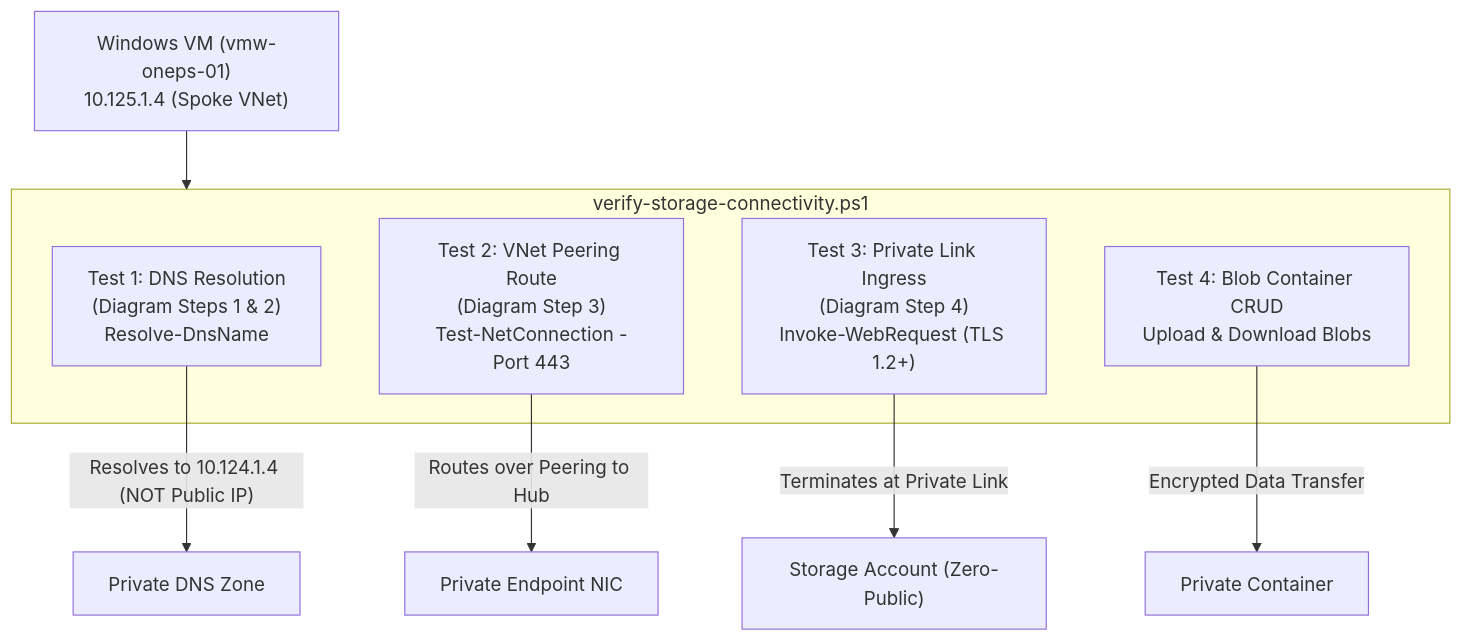
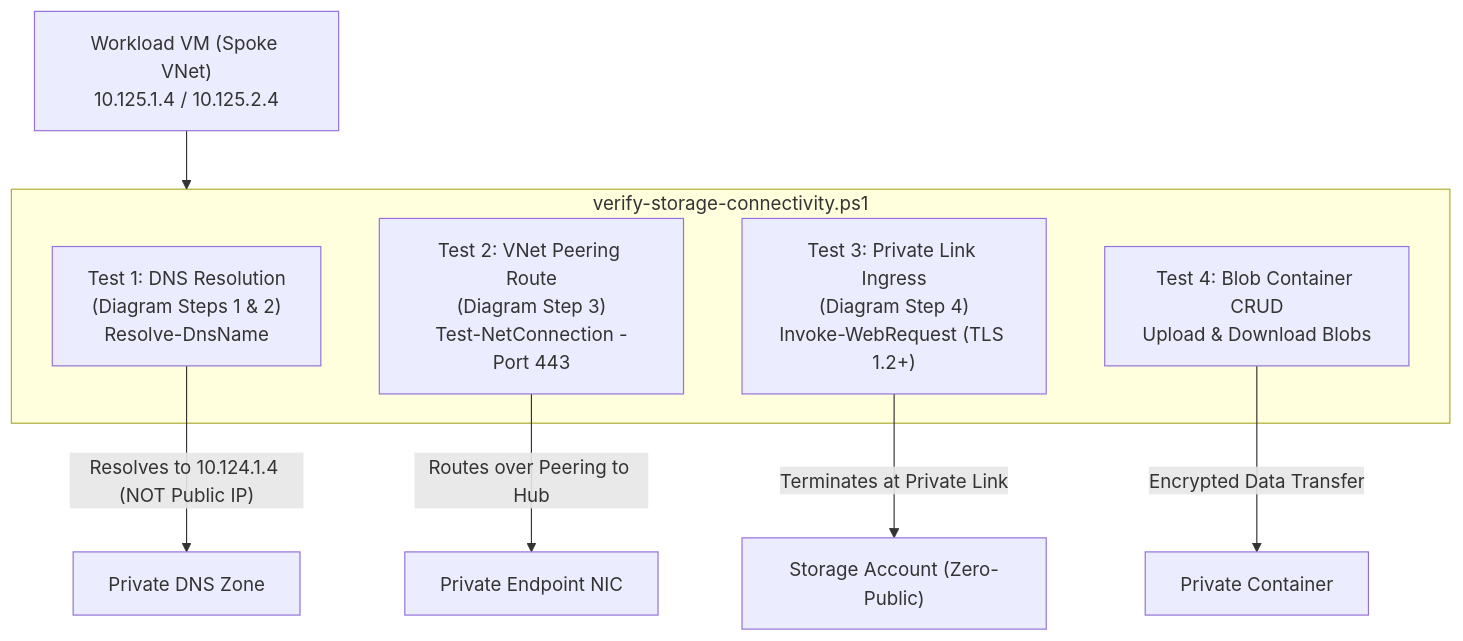
The second of 2 diagrams in README.md (sanjiivsingh/azure-hub-spoke-storage-private-endpoint), drawn with Mermaid before and after one commit. The commit also changed other lines of this file, not shown here.

````diff
--- a/README.md
+++ b/README.md
@@ -205,17 +206,17 @@
 ```mermaid
 flowchart TD
-    VM["Windows VM (vmw-oneps-01)<br/>10.125.1.4 (Spoke VNet)"]
+    VM["Workload VM (Spoke VNet)<br/>10.125.1.4 / 10.125.2.4"]
     
     subgraph TestSuite["verify-storage-connectivity.ps1"]
         T1["Test 1: DNS Resolution<br/>(Diagram Steps 1 & 2)<br/>Resolve-DnsName"]
         T2["Test 2: VNet Peering Route<br/>(Diagram Step 3)<br/>Test-NetConnection -Port 443"]
         T3["Test 3: Private Link Ingress<br/>(Diagram Step 4)<br/>Invoke-WebRequest (TLS 1.2+)"]
         T4["Test 4: Blob Container CRUD<br/>Upload & Download Blobs"]
     end
 
     VM --> TestSuite
     T1 -->|"Resolves to 10.124.1.4 (NOT Public IP)"| PrivDNS["Private DNS Zone"]
     T2 -->|"Routes over Peering to Hub"| HubPE["Private Endpoint NIC"]
     T3 -->|"Terminates at Private Link"| StorageAcct["Storage Account (Zero-Public)"]
     T4 -->|"Encrypted Data Transfer"| Container["Private Container"]
 ```
````
